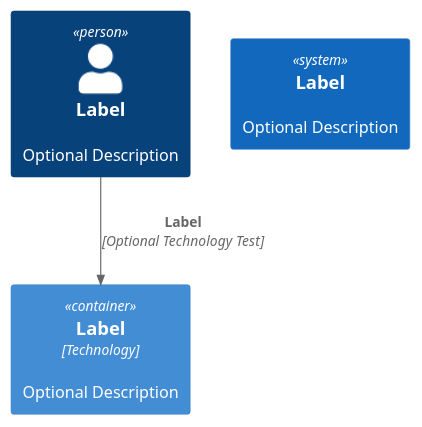
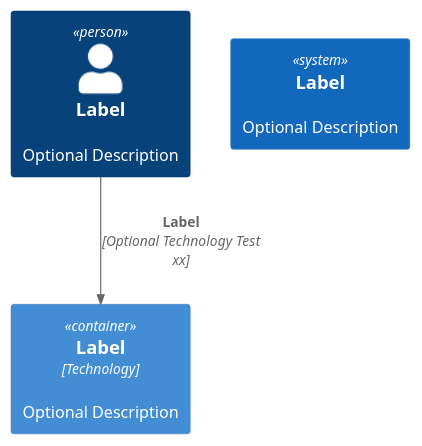
One commit to budgiedownunder/maze changed the diagram in diagrams/maze.puml. Above: the diagram before and after it, drawn with PlantUML.

```diff
--- a/diagrams/maze.puml
+++ b/diagrams/maze.puml
@@ -1,9 +1,9 @@
 @startuml maze_project
 !include includes/C4_Container.puml
 
 Person(personAlias, "Label", "Optional Description")
 Container(containerAlias, "Label", "Technology", "Optional Description")
 System(systemAlias, "Label", "Optional Description")
 
-Rel(personAlias, containerAlias, "Label", "Optional Technology Test")
+Rel(personAlias, containerAlias, "Label", "Optional Technology Test xx")
 @enduml
```
